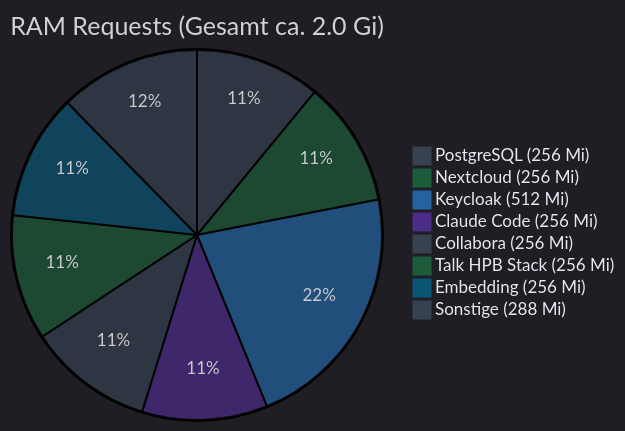
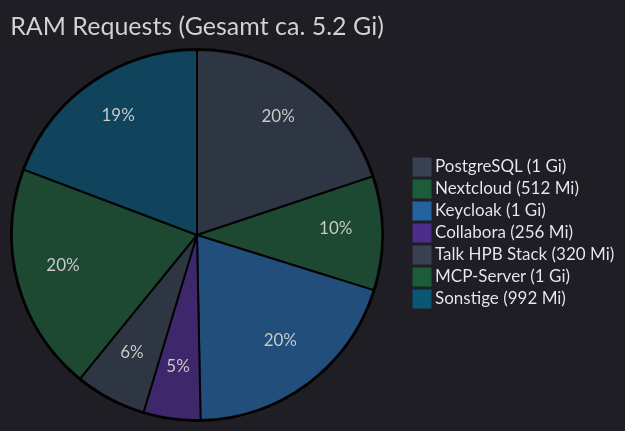
The diagram in docs/services.md (Paddione/Bachelorprojekt), drawn with Mermaid before and after one commit. The commit also changed other lines of this file and 8 other files, not shown here.

Commit message:
docs: update README, system-prompt, and docs to reflect current architecture

````diff
--- a/docs/services.md
+++ b/docs/services.md
@@ -299,12 +287,11 @@
 ```mermaid
 %%{init: {'theme': 'dark', 'themeVariables': {'background': '#1a2235', 'mainBkg': '#1a2235', 'pie1': '#374151', 'pie2': '#1d5c3a', 'pie3': '#2563a0', 'pie4': '#4c2d8a', 'pie5': '#374151', 'pie6': '#1d5c3a', 'pie7': '#0b5575', 'pie8': '#374151', 'pieTextColor': '#e8e8f0', 'pieLegendTextColor': '#e8e8f0', 'pieLabelTextColor': '#e8e8f0'}}}%%
-pie title RAM Requests (Gesamt ca. 2.0 Gi)
-    "PostgreSQL (256 Mi)" : 256
-    "Nextcloud (256 Mi)" : 256
-    "Keycloak (512 Mi)" : 512
-    "Claude Code (256 Mi)" : 256
+pie title RAM Requests (Gesamt ca. 5.2 Gi)
+    "PostgreSQL (1 Gi)" : 1024
+    "Nextcloud (512 Mi)" : 512
+    "Keycloak (1 Gi)" : 1024
     "Collabora (256 Mi)" : 256
-    "Talk HPB Stack (256 Mi)" : 256
-    "Embedding (256 Mi)" : 256
-    "Sonstige (288 Mi)" : 288
+    "Talk HPB Stack (320 Mi)" : 320
+    "MCP-Server (1 Gi)" : 1024
+    "Sonstige (992 Mi)" : 992
 ```
````
